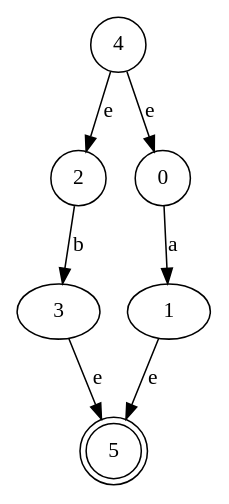
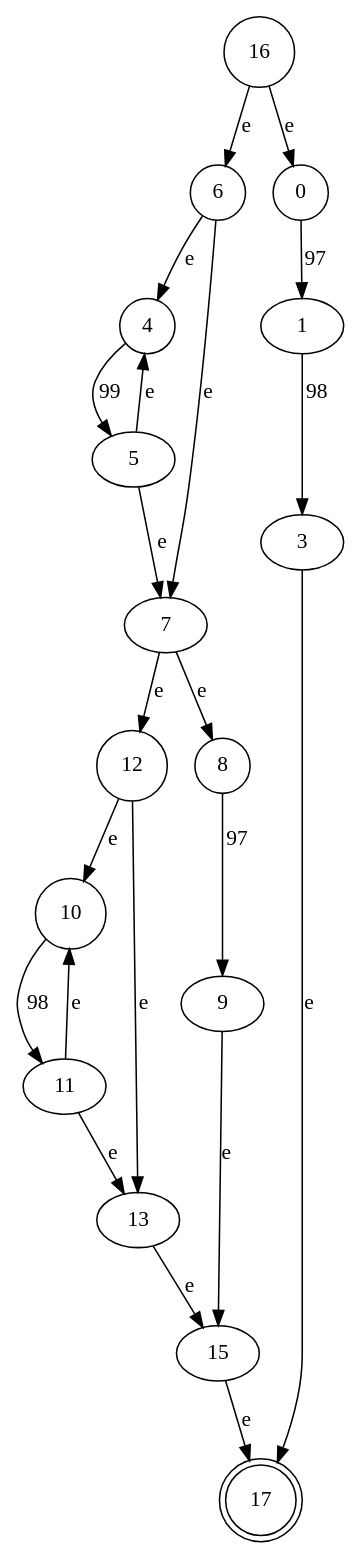
Before and after one commit to bryannalfaro/Dise-odeLenguajes: the diagram in test-output/automata1.gv, drawn with Graphviz. The commit also changed 5 other files, not shown here.

```diff
--- a/test-output/automata1.gv
+++ b/test-output/automata1.gv
@@ -1,12 +1,31 @@
 digraph automata1 {
+	16 [label=16 shape=circle]
+	17 [label=17 shape=doublecircle]
+	6 [label=6 shape=circle]
+	0 [label=0 shape=circle]
 	4 [label=4 shape=circle]
-	5 [label=5 shape=doublecircle]
-	2 [label=2 shape=circle]
-	0 [label=0 shape=circle]
-	4 -> 2 [label=e]
-	4 -> 0 [label=e]
-	2 -> 3 [label=b]
-	3 -> 5 [label=e]
-	0 -> 1 [label=a]
-	1 -> 5 [label=e]
+	12 [label=12 shape=circle]
+	8 [label=8 shape=circle]
+	10 [label=10 shape=circle]
+	16 -> 6 [label=e]
+	16 -> 0 [label=e]
+	6 -> 4 [label=e]
+	6 -> 7 [label=e]
+	4 -> 5 [label=99]
+	5 -> 7 [label=e]
+	5 -> 4 [label=e]
+	7 -> 12 [label=e]
+	7 -> 8 [label=e]
+	12 -> 10 [label=e]
+	12 -> 13 [label=e]
+	10 -> 11 [label=98]
+	11 -> 13 [label=e]
+	11 -> 10 [label=e]
+	13 -> 15 [label=e]
+	8 -> 9 [label=97]
+	9 -> 15 [label=e]
+	15 -> 17 [label=e]
+	0 -> 1 [label=97]
+	1 -> 3 [label=98]
+	3 -> 17 [label=e]
 }
```
